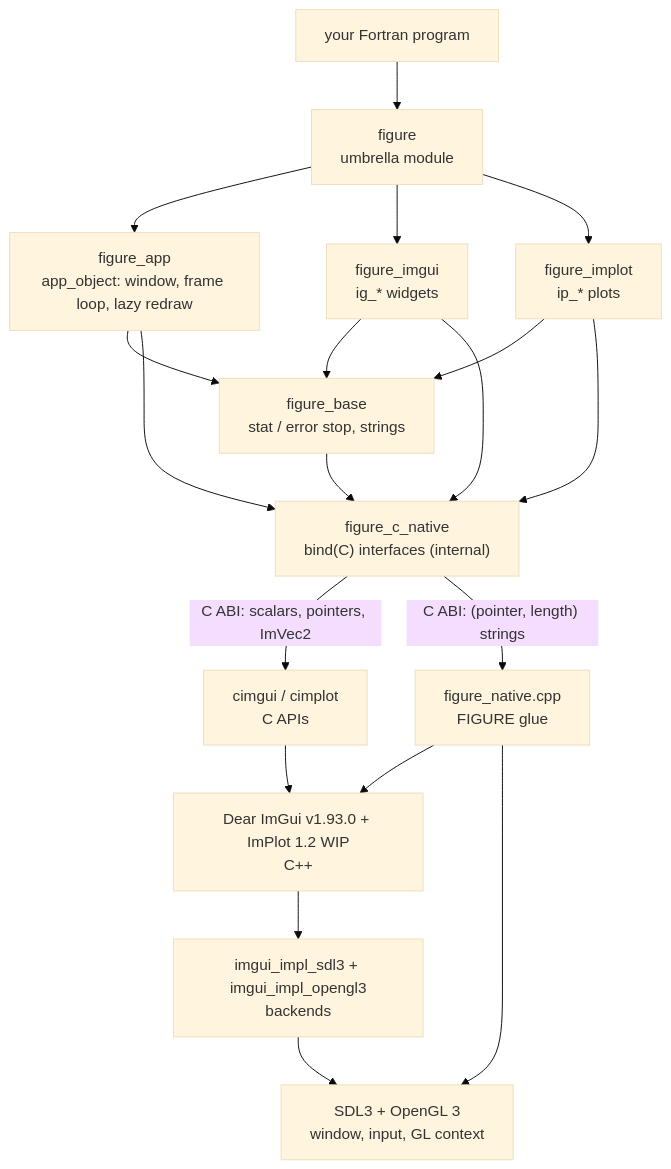
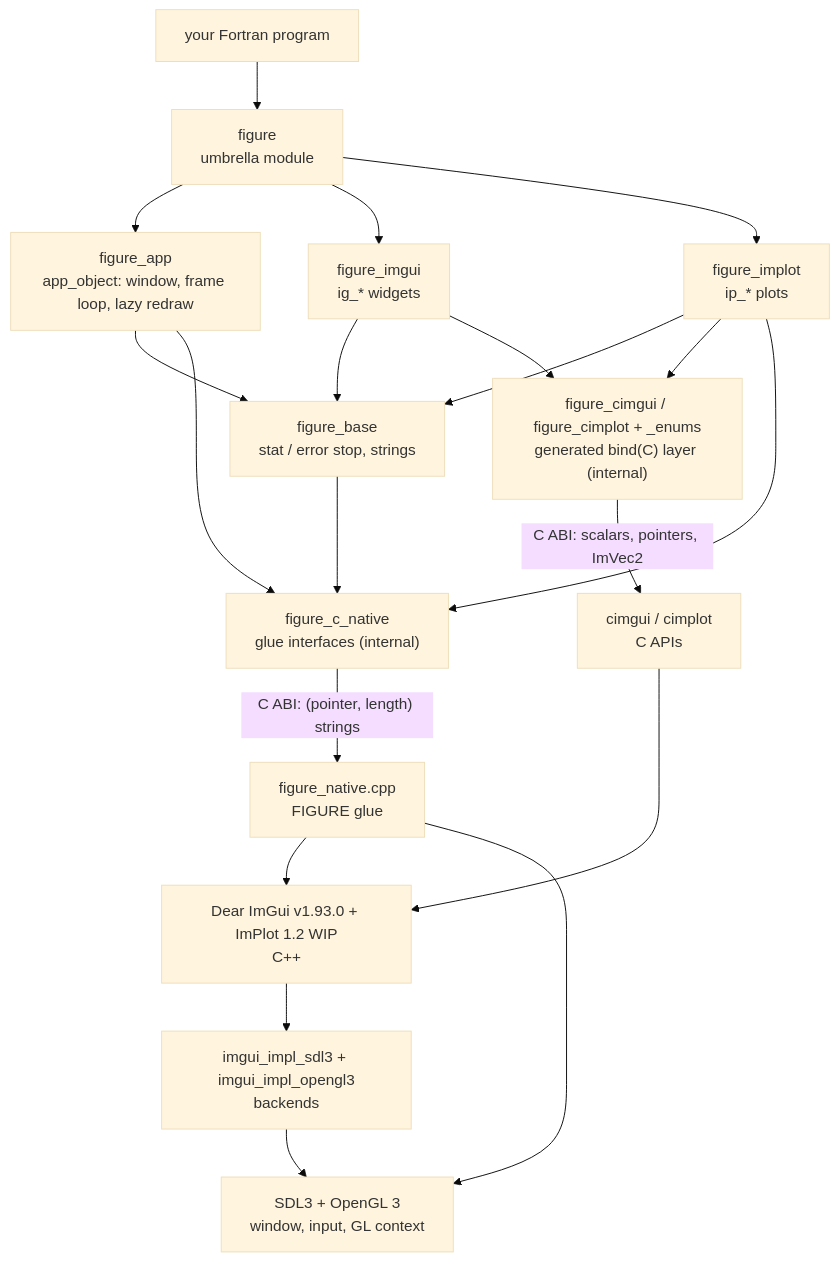
Before and after one commit to szaghi/figure: the first of 2 diagrams in docs/guide/architecture.md, drawn with Mermaid (base theme). The commit also changed other lines of this file and 27 other files, not shown here.

````diff
--- a/docs/guide/architecture.md
+++ b/docs/guide/architecture.md
@@ -7,21 +7,22 @@
 ```mermaid
 flowchart TD
     USER["your Fortran program"] --> FIG["figure<br/>umbrella module"]
     FIG --> APP["figure_app<br/>app_object: window, frame loop, lazy redraw"]
     FIG --> IG["figure_imgui<br/>ig_* widgets"]
     FIG --> IP["figure_implot<br/>ip_* plots"]
     APP --> BASE["figure_base<br/>stat / error stop, strings"]
     IG --> BASE
     IP --> BASE
-    APP --> RAW["figure_c_native<br/>bind(C) interfaces (internal)"]
-    IG --> RAW
+    APP --> RAW["figure_c_native<br/>glue interfaces (internal)"]
+    IG --> GEN["figure_cimgui / figure_cimplot + _enums<br/>generated bind(C) layer (internal)"]
+    IP --> GEN
     IP --> RAW
     BASE --> RAW
-    RAW -->|"C ABI: scalars, pointers, ImVec2"| CIM["cimgui / cimplot<br/>C APIs"]
+    GEN -->|"C ABI: scalars, pointers, ImVec2"| CIM["cimgui / cimplot<br/>C APIs"]
     RAW -->|"C ABI: (pointer, length) strings"| GLUE["figure_native.cpp<br/>FIGURE glue"]
     CIM --> CPP["Dear ImGui v1.93.0 + ImPlot 1.2 WIP<br/>C++"]
     GLUE --> CPP
     GLUE --> SDL["SDL3 + OpenGL 3<br/>window, input, GL context"]
     CPP --> BACK["imgui_impl_sdl3 + imgui_impl_opengl3<br/>backends"]
     BACK --> SDL
 ```
````
